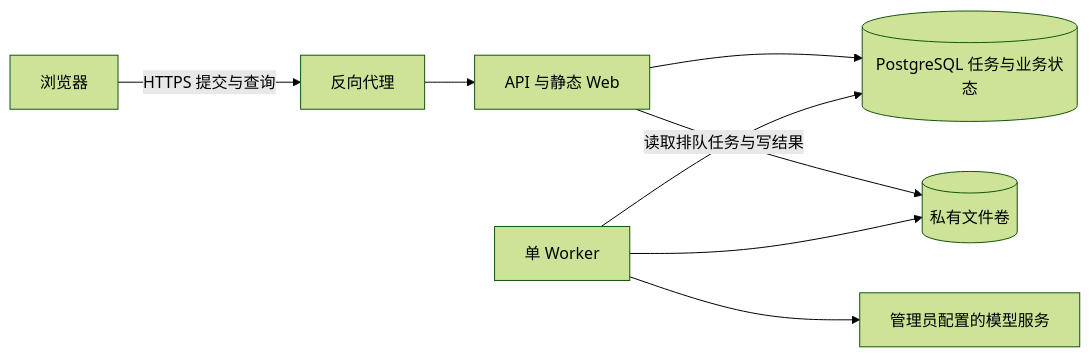
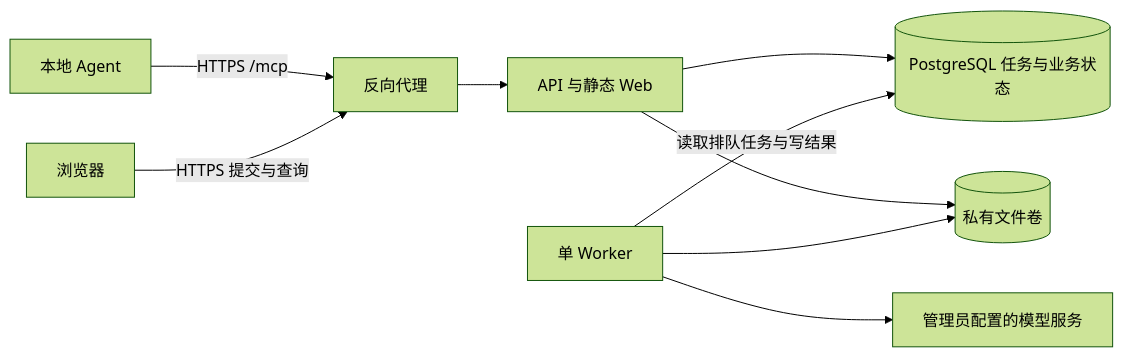
The diagram in docs/architecture.md (ximatai/tuyile), drawn with Mermaid (forest theme) before and after one commit. The commit also changed other lines of this file and 25 other files, not shown here.

````diff
--- a/docs/architecture.md
+++ b/docs/architecture.md
@@ -30,10 +30,11 @@
 ```mermaid
 flowchart LR
+  Codex[本地 Agent] -->|HTTPS /mcp| Proxy
   Browser[浏览器] -->|HTTPS 提交与查询| Proxy[反向代理]
   Proxy --> API[API 与静态 Web]
   API --> DB[(PostgreSQL 任务与业务状态)]
   API --> Files[(私有文件卷)]
   Worker[单 Worker] -->|读取排队任务与写结果| DB
   Worker --> Files
   Worker --> Provider[管理员配置的模型服务]
 ```
````
